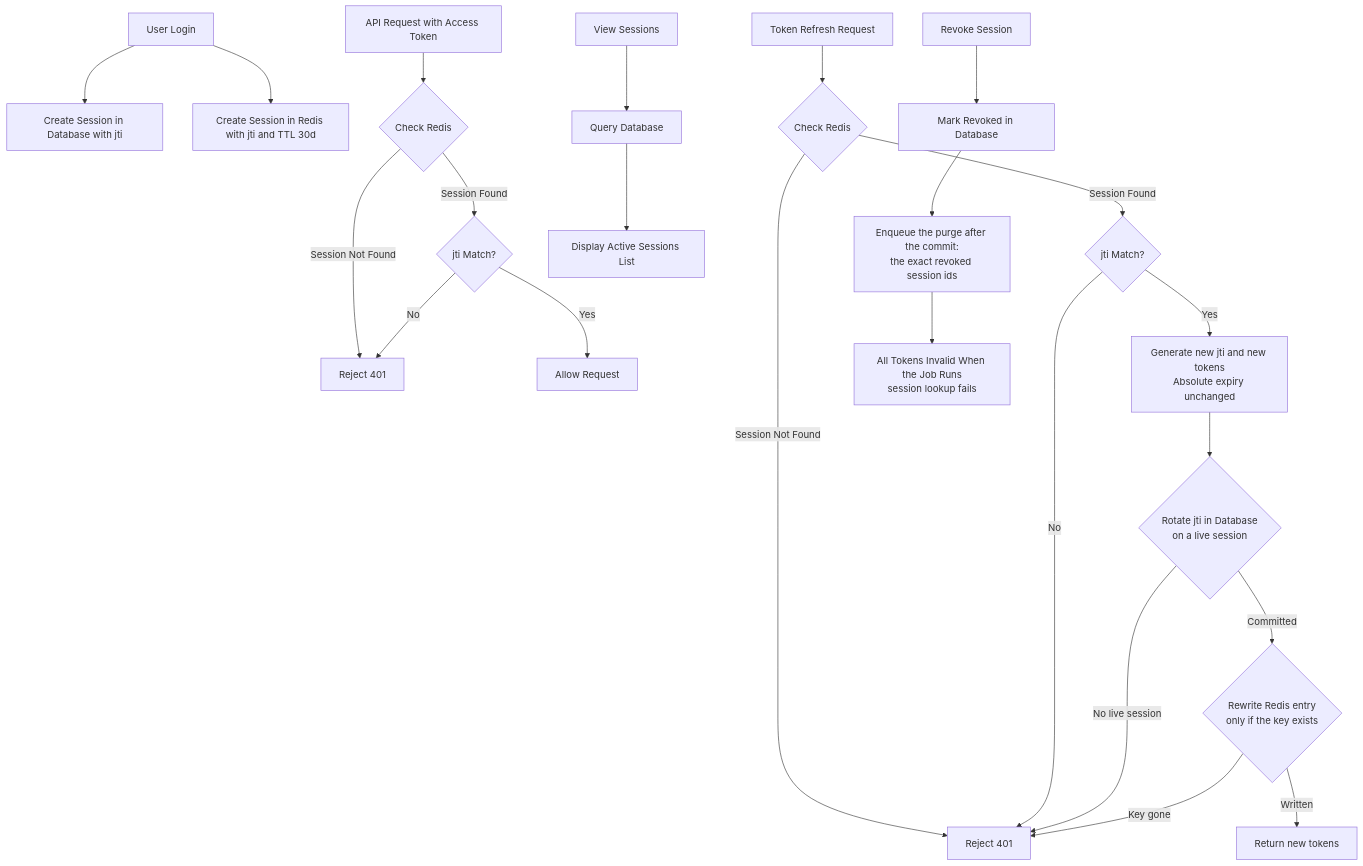
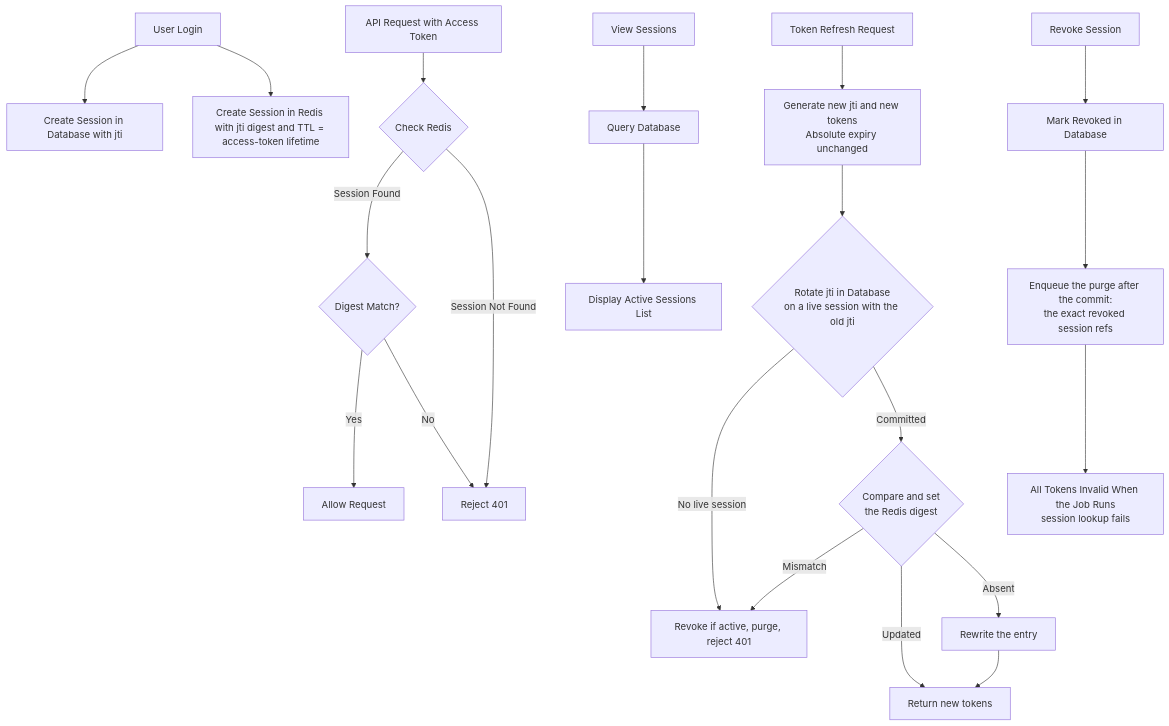
One commit to andrechristikan/ack-nestjs-boilerplate changed the ninth of 10 diagrams in docs/authentication.md. Above: the diagram before and after it, drawn with Mermaid. The commit also changed other lines of this file and 95 other files, not shown here.

````diff
--- a/docs/authentication.md
+++ b/docs/authentication.md
@@ -1448,32 +1468,28 @@
 ```mermaid
 graph TB
     A[User Login] --> B[Create Session in Database with jti]
-    A --> C[Create Session in Redis with jti and TTL 30d]
+    A --> C[Create Session in Redis with jti digest and TTL = access-token lifetime]
 
     D[API Request with Access Token] --> E{Check Redis}
-    E -->|Session Found| F{jti Match?}
+    E -->|Session Found| F{Digest Match?}
     E -->|Session Not Found| G[Reject 401]
 
     F -->|Yes| H[Allow Request]
     F -->|No| G
 
-    I[Token Refresh Request] --> J{Check Redis}
-    J -->|Session Found| K{jti Match?}
-    J -->|Session Not Found| L[Reject 401]
-
-    K -->|Yes| M[Generate new jti and new tokens<br/>Absolute expiry unchanged]
-    K -->|No| L
-
-    M --> N{Rotate jti in Database<br/>on a live session}
-    N -->|No live session| L
-    N -->|Committed| O{Rewrite Redis entry<br/>only if the key exists}
-    O -->|Key gone| L
-    O -->|Written| W[Return new tokens]
+    I[Token Refresh Request] --> J[Generate new jti and new tokens<br/>Absolute expiry unchanged]
+    J --> N{Rotate jti in Database<br/>on a live session with the old jti}
+    N -->|No live session| X[Revoke if active, purge, reject 401]
+    N -->|Committed| O{Compare and set<br/>the Redis digest}
+    O -->|Mismatch| X
+    O -->|Updated| W[Return new tokens]
+    O -->|Absent| Y[Rewrite the entry]
+    Y --> W
 
     P[View Sessions] --> Q[Query Database]
     Q --> R[Display Active Sessions List]
 
     T[Revoke Session] --> S[Mark Revoked in Database]
-    S --> U[Enqueue the purge after the commit:<br/>the exact revoked session ids]
+    S --> U[Enqueue the purge after the commit:<br/>the exact revoked session refs]
     U --> V[All Tokens Invalid When the Job Runs<br/>session lookup fails]
 ```
````
